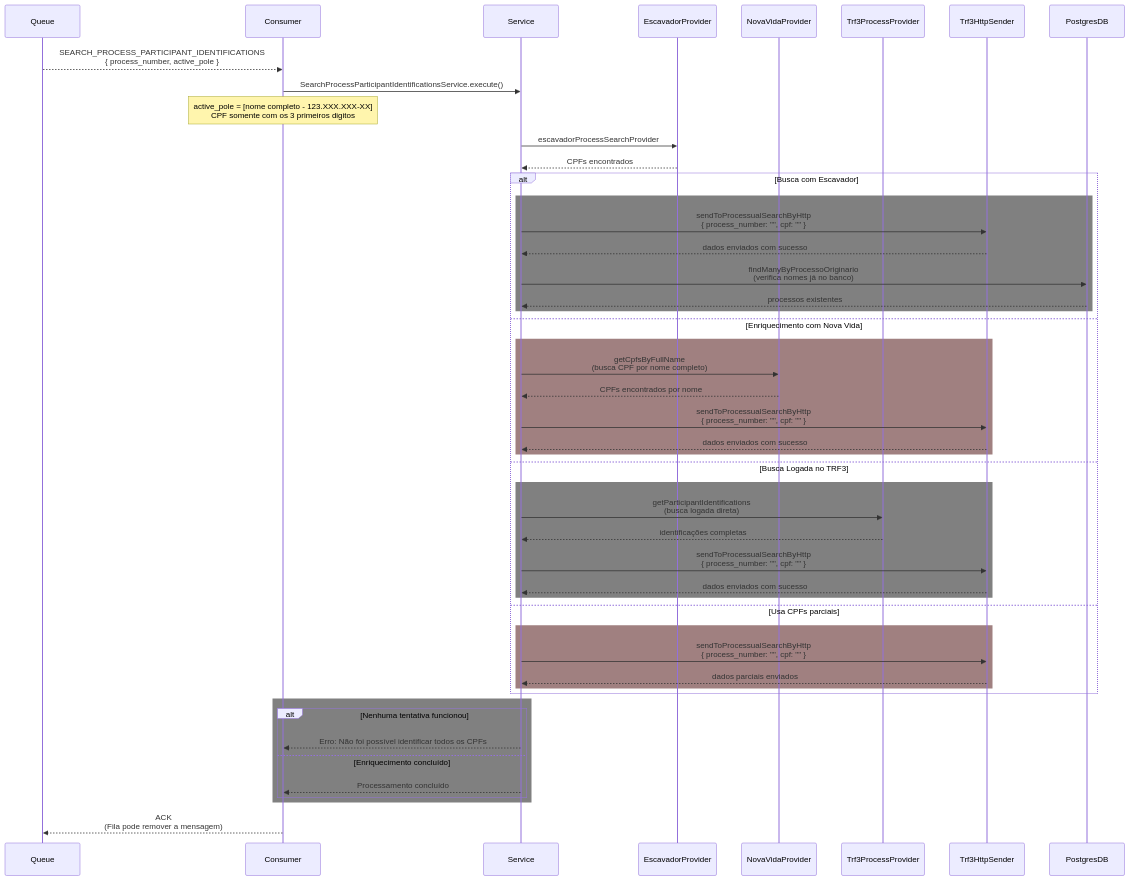
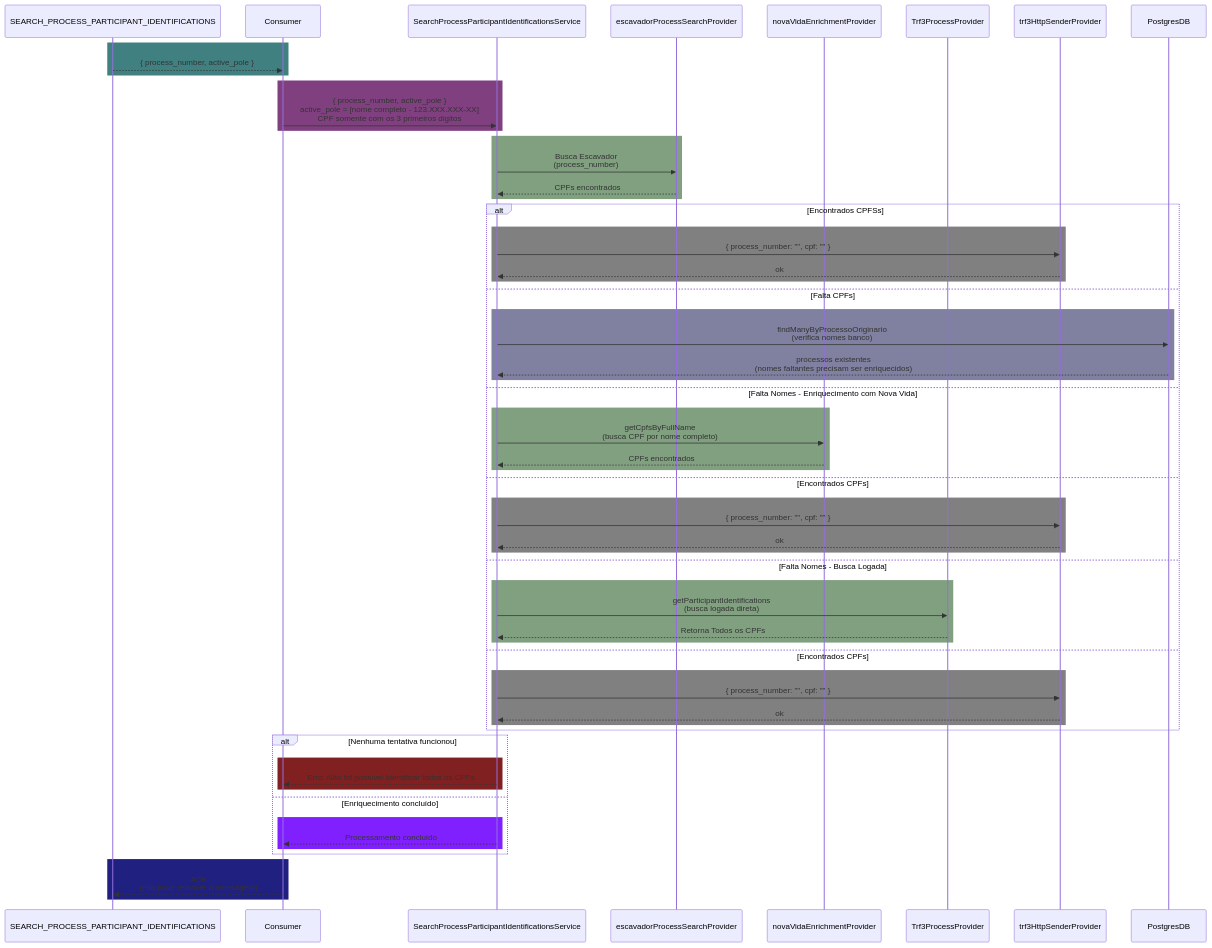
The second of 2 diagrams in README.md (poxaIan/teste-MD), drawn with Mermaid before and after one commit. The commit also changed other lines of this file, not shown here.

````diff
--- a/README.md
+++ b/README.md
@@ -107,76 +91,77 @@
 ```mermaid
 %% Fluxo: Identificação de Participantes de Processo com Fallbacks
+
 sequenceDiagram
-    participant Queue
+    participant SEARCH_PROCESS_PARTICIPANT_IDENTIFICATIONS
     participant Consumer
-    participant Service
-    participant EscavadorProvider
-    participant NovaVidaProvider
+    participant SearchProcessParticipantIdentificationsService
+    participant escavadorProcessSearchProvider
+    participant novaVidaEnrichmentProvider
     participant Trf3ProcessProvider
-    participant Trf3HttpSender
+    participant trf3HttpSenderProvider
     participant PostgresDB
 
     %% ETAPA 1: Recebimento e disparo do serviço
-    Queue-->>Consumer: SEARCH_PROCESS_PARTICIPANT_IDENTIFICATIONS<br/>{ process_number, active_pole }
-    Consumer->>Service: SearchProcessParticipantIdentificationsService.execute()
-    Note over Consumer: active_pole = [nome completo - 123.XXX.XXX-XX]<br/>CPF somente com os 3 primeiros digitos
+    rect rgb(64, 128, 128)
+        SEARCH_PROCESS_PARTICIPANT_IDENTIFICATIONS-->>Consumer: { process_number, active_pole }
+    end
+    rect rgb(128, 64, 128)
+        Consumer->>SearchProcessParticipantIdentificationsService: { process_number, active_pole }<br/>active_pole = [nome completo - 123.XXX.XXX-XX]<br/>CPF somente com os 3 primeiros digitos
+    end
 
     %% ETAPA 2: Primeira tentativa - Escavador
-    Service->>EscavadorProvider: escavadorProcessSearchProvider
-    EscavadorProvider-->>Service: CPFs encontrados
-    alt Busca com Escavador
-            rect rgb(128, 128, 128)
-
-        Service->>Trf3HttpSender: sendToProcessualSearchByHttp<br/>{ process_number: "", cpf: "" }
-        Trf3HttpSender-->>Service: dados enviados com sucesso
-    
-    
+    rect rgb(128, 160, 128)
+        SearchProcessParticipantIdentificationsService->>escavadorProcessSearchProvider: Busca Escavador<br/>(process_number)
+        escavadorProcessSearchProvider-->>SearchProcessParticipantIdentificationsService: CPFs encontrados
+    end
+    alt Encontrados CPFSs
+    rect rgb(128, 128, 128)
+        SearchProcessParticipantIdentificationsService->>trf3HttpSenderProvider: { process_number: "", cpf: "" }
+        trf3HttpSenderProvider-->>SearchProcessParticipantIdentificationsService: ok
     %% ETAPA 3: Verificação de lacunas (nomes sem CPF no DB)
-    Service->>PostgresDB: findManyByProcessoOriginario<br/>(verifica nomes já no banco)
-    PostgresDB-->>Service: processos existentes
+    end
+    else Falta CPFs
+    rect rgb(128, 128, 160)
+        SearchProcessParticipantIdentificationsService->>PostgresDB: findManyByProcessoOriginario<br/>(verifica nomes banco)
+        PostgresDB-->>SearchProcessParticipantIdentificationsService: processos existentes<br/>(nomes faltantes precisam ser enriquecidos)
     end
     %% ETAPA 4: Segunda tentativa - Enriquecimento Nova Vida
-    else Enriquecimento com Nova Vida
-        rect rgb(160, 128, 128)
-
-        Service->>NovaVidaProvider: getCpfsByFullName<br/>(busca CPF por nome completo)
-        NovaVidaProvider-->>Service: CPFs encontrados por nome
-        Service->>Trf3HttpSender: sendToProcessualSearchByHttp<br/>{ process_number: "", cpf: "" }
-        Trf3HttpSender-->>Service: dados enviados com sucesso
-    
-end
+    else Falta Nomes - Enriquecimento com Nova Vida
+        rect rgb(128, 160, 128)
+        SearchProcessParticipantIdentificationsService->>novaVidaEnrichmentProvider: getCpfsByFullName<br/>(busca CPF por nome completo)
+        novaVidaEnrichmentProvider-->>SearchProcessParticipantIdentificationsService: CPFs encontrados
+    end
+    else Encontrados CPFs
+    rect rgb(128, 128, 128)
+        SearchProcessParticipantIdentificationsService->>trf3HttpSenderProvider: { process_number: "", cpf: "" }
+        trf3HttpSenderProvider-->>SearchProcessParticipantIdentificationsService: ok
+    end
     %% ETAPA 5: Terceira tentativa - Busca logada TRF3 (fallback final)
-    else Busca Logada no TRF3
-        rect rgb(128, 128, 128)
-
-        Service->>Trf3ProcessProvider: getParticipantIdentifications<br/>(busca logada direta)
-        Trf3ProcessProvider-->>Service: identificações completas
-        Service->>Trf3HttpSender: sendToProcessualSearchByHttp<br/>{ process_number: "", cpf: "" }
-        Trf3HttpSender-->>Service: dados enviados com sucesso
-    
-end
-    %% ETAPA 6: Uso de CPFs parciais (se houver)
-    
-    else Usa CPFs parciais
-        rect rgb(160, 128, 128)
-
-        Service->>Trf3HttpSender: sendToProcessualSearchByHttp<br/>{ process_number: "", cpf: "" }
-        Trf3HttpSender-->>Service: dados parciais enviados
-        end
+    else Falta Nomes - Busca Logada
+    rect rgb(128, 160, 128)
+        SearchProcessParticipantIdentificationsService->>Trf3ProcessProvider: getParticipantIdentifications<br/>(busca logada direta)
+        Trf3ProcessProvider-->>SearchProcessParticipantIdentificationsService: Retorna Todos os CPFs
+    end
+    else Encontrados CPFs
+    rect rgb(128, 128, 128)
+        SearchProcessParticipantIdentificationsService->>trf3HttpSenderProvider: { process_number: "", cpf: "" }
+        trf3HttpSenderProvider-->>SearchProcessParticipantIdentificationsService: ok
+    end
     end
 
     %% ETAPA 7: Desfecho (sucesso ou erro)
-    rect rgb(128, 128, 128)
     alt Nenhuma tentativa funcionou
-            
-
-        Service-->>Consumer: Erro: Não foi possível identificar todos os CPFs
+    rect rgb(128, 32, 32)
+        SearchProcessParticipantIdentificationsService-->>Consumer: Erro: Não foi possível identificar todos os CPFs
+    end
     else Enriquecimento concluído
-        Service-->>Consumer: Processamento concluído
-        
+    rect rgb(128, 32, 256)
+        SearchProcessParticipantIdentificationsService-->>Consumer: Processamento concluído
     end
     end
 
     %% ETAPA 8: Finalização da mensagem
-    Consumer-->>Queue: ACK<br/>(Fila pode remover a mensagem)
+    rect rgb(32, 32, 128)
+        Consumer-->>SEARCH_PROCESS_PARTICIPANT_IDENTIFICATIONS: ACK<br/>(Fila pode remover a mensagem)
+    end
 ```
````
